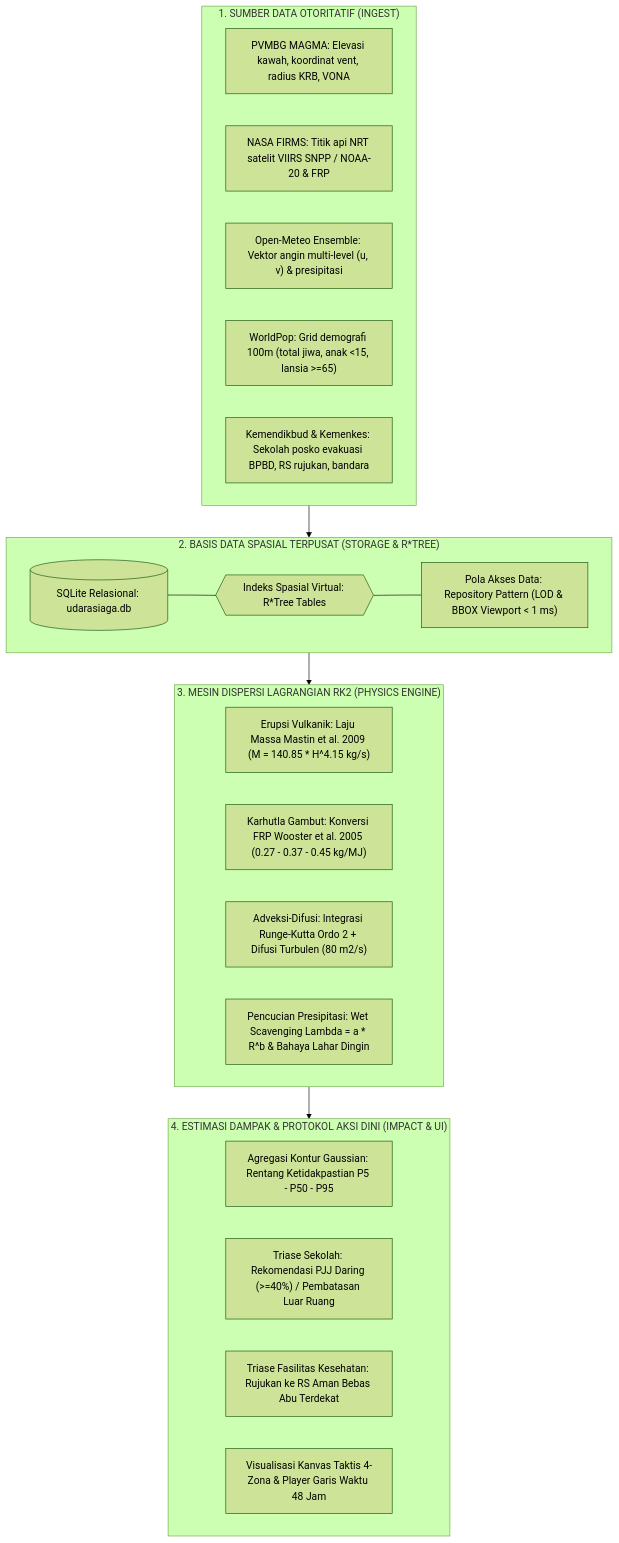
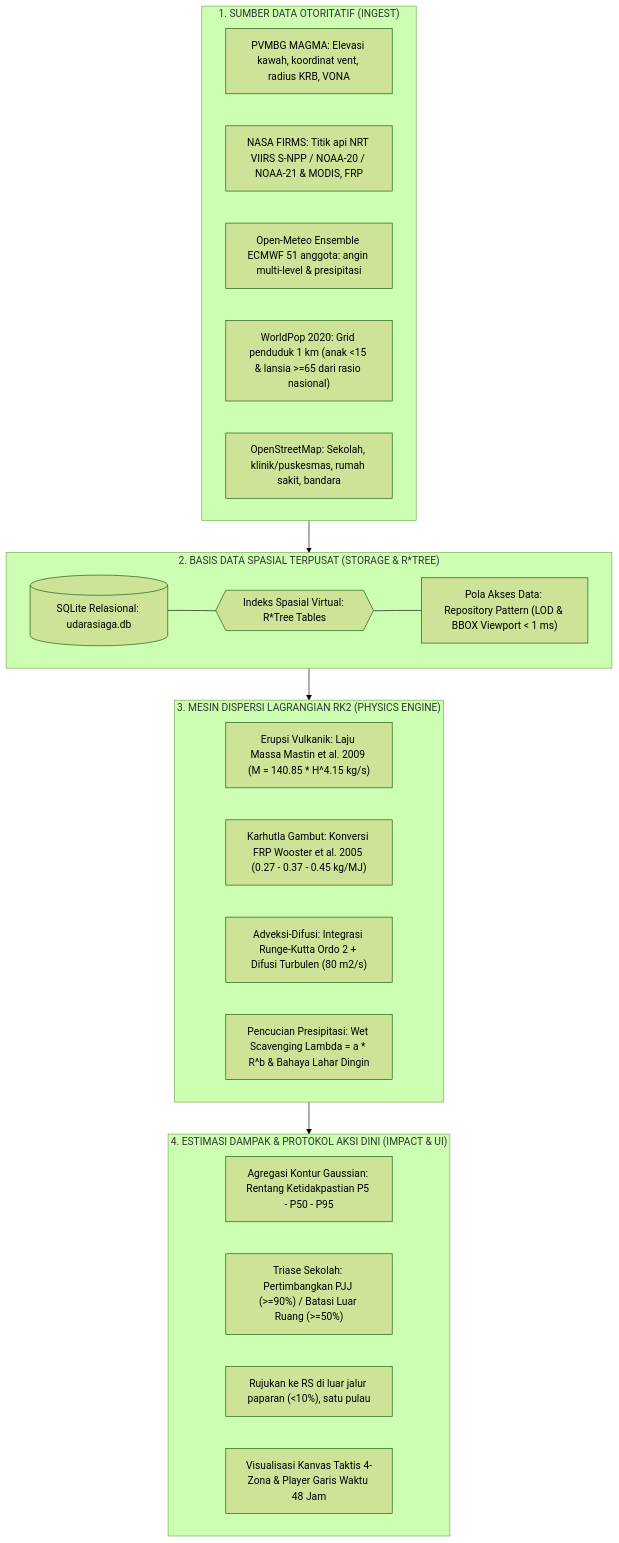
One commit to nyarikerja/JOINTS2026 changed the first of 2 diagrams in README.md. Above: the diagram before and after it, drawn with Mermaid (forest theme). The commit also changed other lines of this file and 167 other files, not shown here.

````diff
--- a/README.md
+++ b/README.md
@@ -70,35 +96,35 @@
 ```mermaid
 flowchart TD
     subgraph S1["1. SUMBER DATA OTORITATIF (INGEST)"]
         A1["PVMBG MAGMA: Elevasi kawah, koordinat vent, radius KRB, VONA"]
-        A2["NASA FIRMS: Titik api NRT satelit VIIRS SNPP / NOAA-20 & FRP"]
-        A3["Open-Meteo Ensemble: Vektor angin multi-level (u, v) & presipitasi"]
-        A4["WorldPop: Grid demografi 100m (total jiwa, anak <15, lansia >=65)"]
-        A5["Kemendikbud & Kemenkes: Sekolah posko evakuasi BPBD, RS rujukan, bandara"]
+        A2["NASA FIRMS: Titik api NRT VIIRS S-NPP / NOAA-20 / NOAA-21 & MODIS, FRP"]
+        A3["Open-Meteo Ensemble ECMWF 51 anggota: angin multi-level & presipitasi"]
+        A4["WorldPop 2020: Grid penduduk 1 km (anak <15 & lansia >=65 dari rasio nasional)"]
+        A5["OpenStreetMap: Sekolah, klinik/puskesmas, rumah sakit, bandara"]
     end
 
     subgraph S2["2. BASIS DATA SPASIAL TERPUSAT (STORAGE & R*TREE)"]
         B1[("SQLite Relasional: udarasiaga.db")]
         B2{{"Indeks Spasial Virtual: R*Tree Tables"}}
         B3["Pola Akses Data: Repository Pattern (LOD & BBOX Viewport < 1 ms)"]
         B1 --- B2 --- B3
     end
 
     subgraph S3["3. MESIN DISPERSI LAGRANGIAN RK2 (PHYSICS ENGINE)"]
         C1["Erupsi Vulkanik: Laju Massa Mastin et al. 2009 (M = 140.85 * H^4.15 kg/s)"]
         C2["Karhutla Gambut: Konversi FRP Wooster et al. 2005 (0.27 - 0.37 - 0.45 kg/MJ)"]
         C3["Adveksi-Difusi: Integrasi Runge-Kutta Ordo 2 + Difusi Turbulen (80 m2/s)"]
         C4["Pencucian Presipitasi: Wet Scavenging Lambda = a * R^b & Bahaya Lahar Dingin"]
     end
 
     subgraph S4["4. ESTIMASI DAMPAK & PROTOKOL AKSI DINI (IMPACT & UI)"]
         D1["Agregasi Kontur Gaussian: Rentang Ketidakpastian P5 - P50 - P95"]
-        D2["Triase Sekolah: Rekomendasi PJJ Daring (>=40%) / Pembatasan Luar Ruang"]
-        D3["Triase Fasilitas Kesehatan: Rujukan ke RS Aman Bebas Abu Terdekat"]
+        D2["Triase Sekolah: Pertimbangkan PJJ (>=90%) / Batasi Luar Ruang (>=50%)"]
+        D3["Rujukan ke RS di luar jalur paparan (<10%), satu pulau"]
         D4["Visualisasi Kanvas Taktis 4-Zona & Player Garis Waktu 48 Jam"]
     end
 
     S1 --> S2
     S2 --> S3
     S3 --> S4
 ```
````
